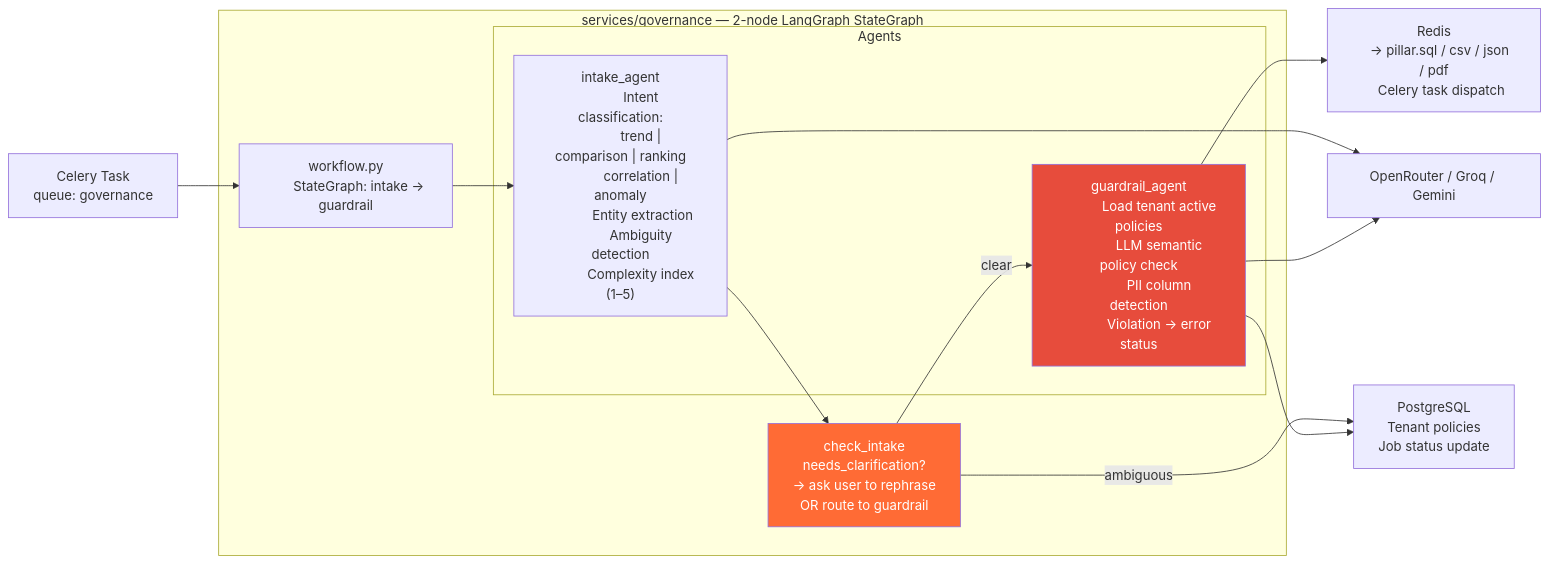
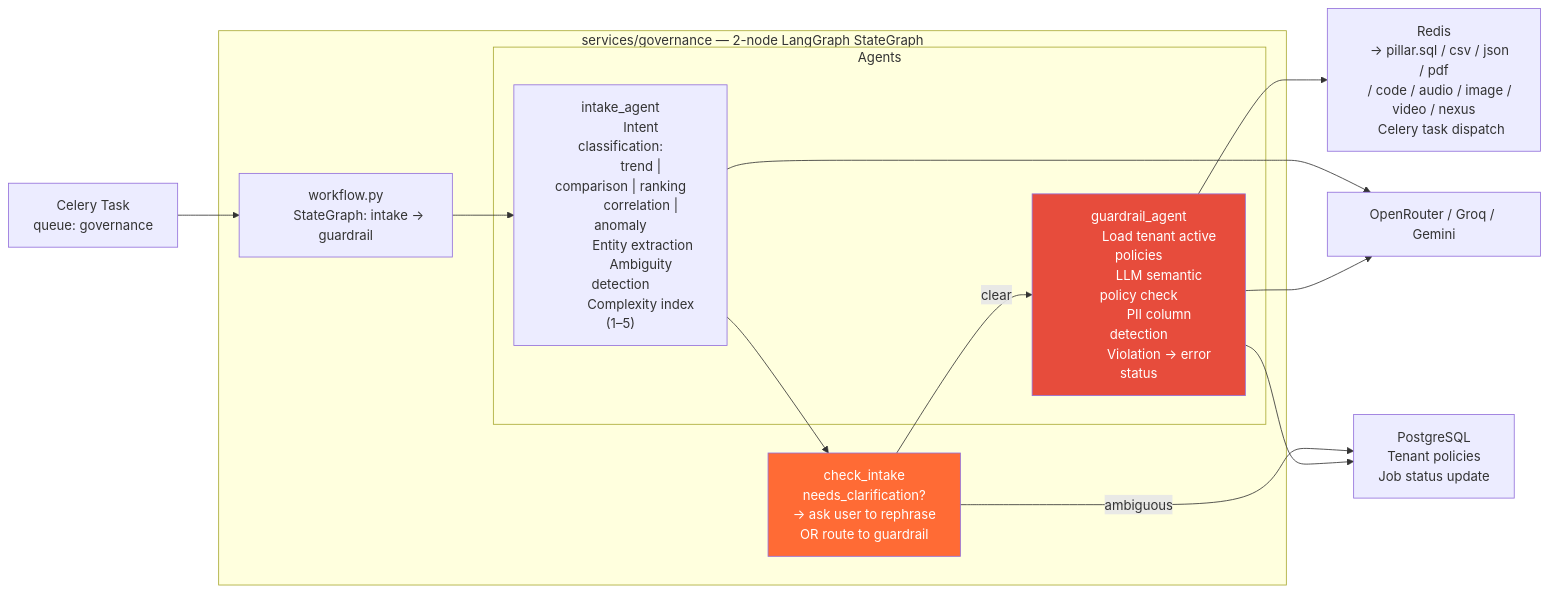
One commit to OmarAbdelhamidAly/OpenQ-Federated-Agentic-Intelligence-Platform changed the ninth of 13 diagrams in NTI_C4_DIAGRAMS.md. Above: the diagram before and after it, drawn with Mermaid. The commit also changed other lines of this file and 15 other files, not shown here.

````diff
--- a/NTI_C4_DIAGRAMS.md
+++ b/NTI_C4_DIAGRAMS.md
@@ -746,51 +892,52 @@
 ```mermaid
 graph LR
     Celery["Celery Task
     queue: governance"]
 
     subgraph GovWorker ["services/governance — 2-node LangGraph StateGraph"]
         WF["workflow.py
         StateGraph: intake → guardrail"]
 
         subgraph Agents ["Agents"]
             IA["intake_agent
             Intent classification:
             trend | comparison | ranking
             correlation | anomaly
             Entity extraction
             Ambiguity detection
             Complexity index (1–5)"]
 
             GA["guardrail_agent
             Load tenant active policies
             LLM semantic policy check
             PII column detection
             Violation → error status"]
         end
 
         Router["check_intake
         needs_clarification?
         → ask user to rephrase
         OR route to guardrail"]
     end
 
     PillarQ["Redis
     → pillar.sql / csv / json / pdf
+    / code / audio / image / video / nexus
     Celery task dispatch"]
 
     LLM["OpenRouter / Groq / Gemini"]
     PG["PostgreSQL
     Tenant policies
     Job status update"]
 
     Celery --> WF
     WF --> IA --> Router
     Router -->|"clear"| GA --> PillarQ
     Router -->|"ambiguous"| PG
     IA --> LLM
     GA --> LLM
     GA --> PG
 
     style GA fill:#E74C3C,color:#fff
     style Router fill:#FF6B35,color:#fff
 ```
````
